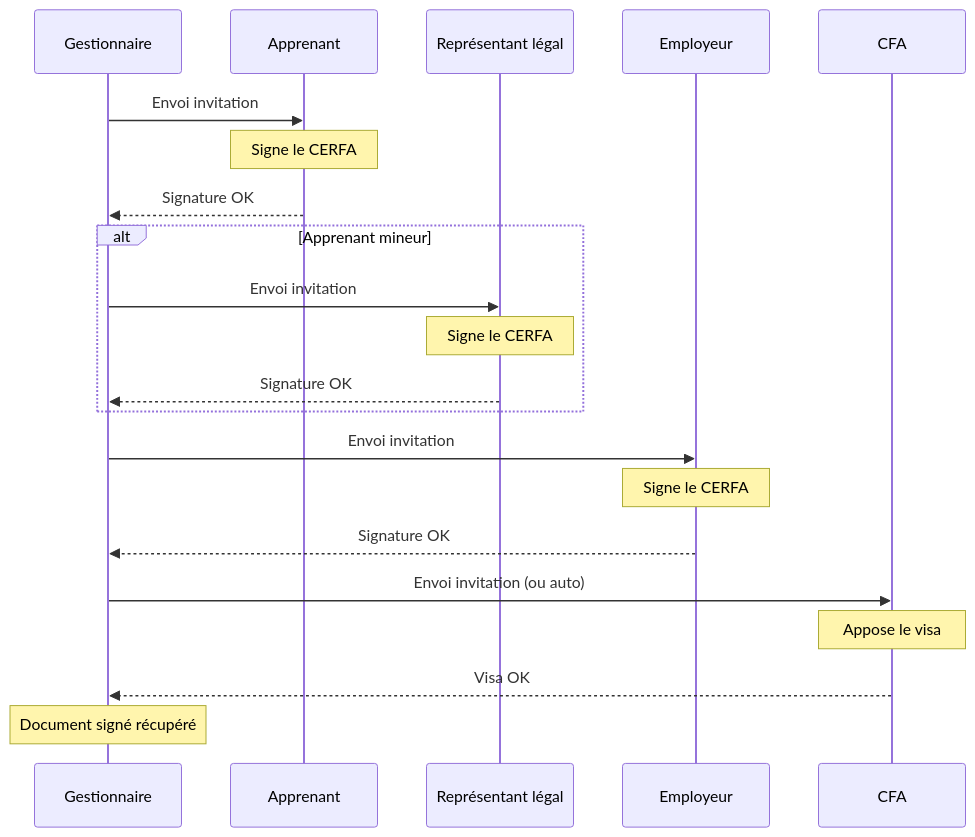
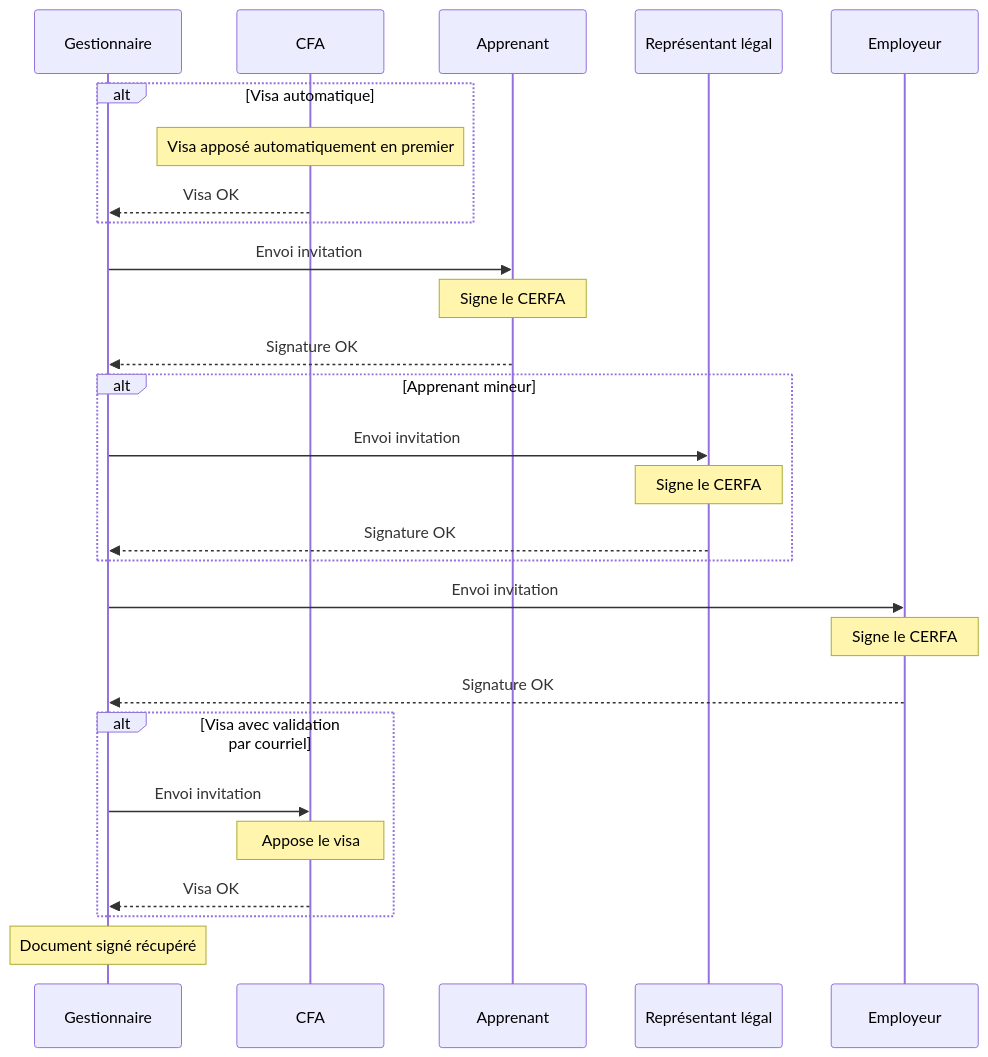
Before and after one commit to rtssolutions/documentation: the diagram in documentations/gestion-documentaire/signature-documents/06-tutoriel-cerfa-fa13.md, drawn with Mermaid. The commit also changed other lines of this file and 4 other files, not shown here.

````diff
--- a/documentations/gestion-documentaire/signature-documents/06-tutoriel-cerfa-fa13.md
+++ b/documentations/gestion-documentaire/signature-documents/06-tutoriel-cerfa-fa13.md
@@ -96,28 +96,35 @@
 ```mermaid "max-w-3xl"
 sequenceDiagram
     participant G as Gestionnaire
+    participant C as CFA
     participant A as Apprenant
     participant R as Représentant légal
     participant E as Employeur
-    participant C as CFA
+
+    alt Visa automatique
+        Note over C: Visa apposé automatiquement en premier
+        C-->>G: Visa OK
+    end
 
     G->>A: Envoi invitation
     Note over A: Signe le CERFA
     A-->>G: Signature OK
 
     alt Apprenant mineur
         G->>R: Envoi invitation
         Note over R: Signe le CERFA
         R-->>G: Signature OK
     end
 
     G->>E: Envoi invitation
     Note over E: Signe le CERFA
     E-->>G: Signature OK
 
-    G->>C: Envoi invitation (ou auto)
-    Note over C: Appose le visa
-    C-->>G: Visa OK
+    alt Visa avec validation par courriel
+        G->>C: Envoi invitation
+        Note over C: Appose le visa
+        C-->>G: Visa OK
+    end
 
     Note over G: Document signé récupéré
 ```
````
